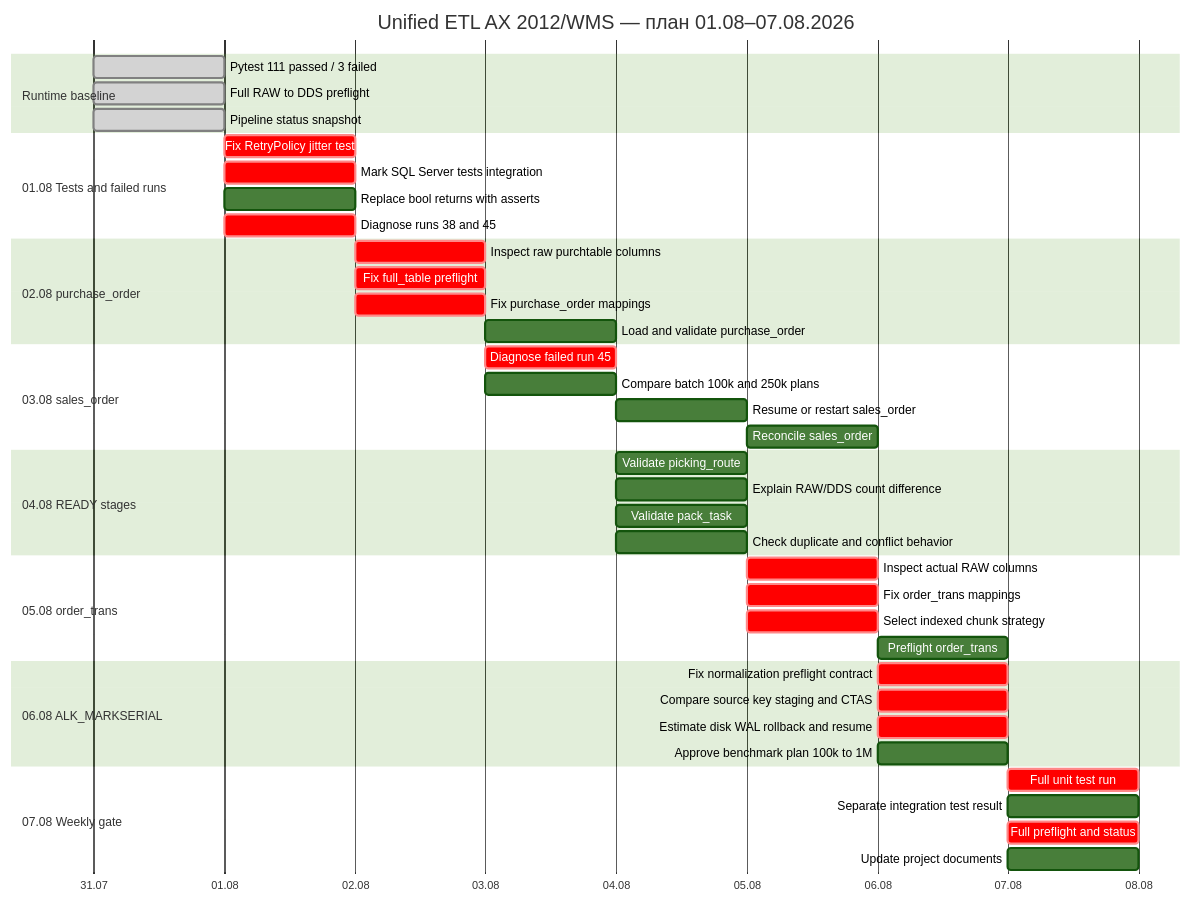
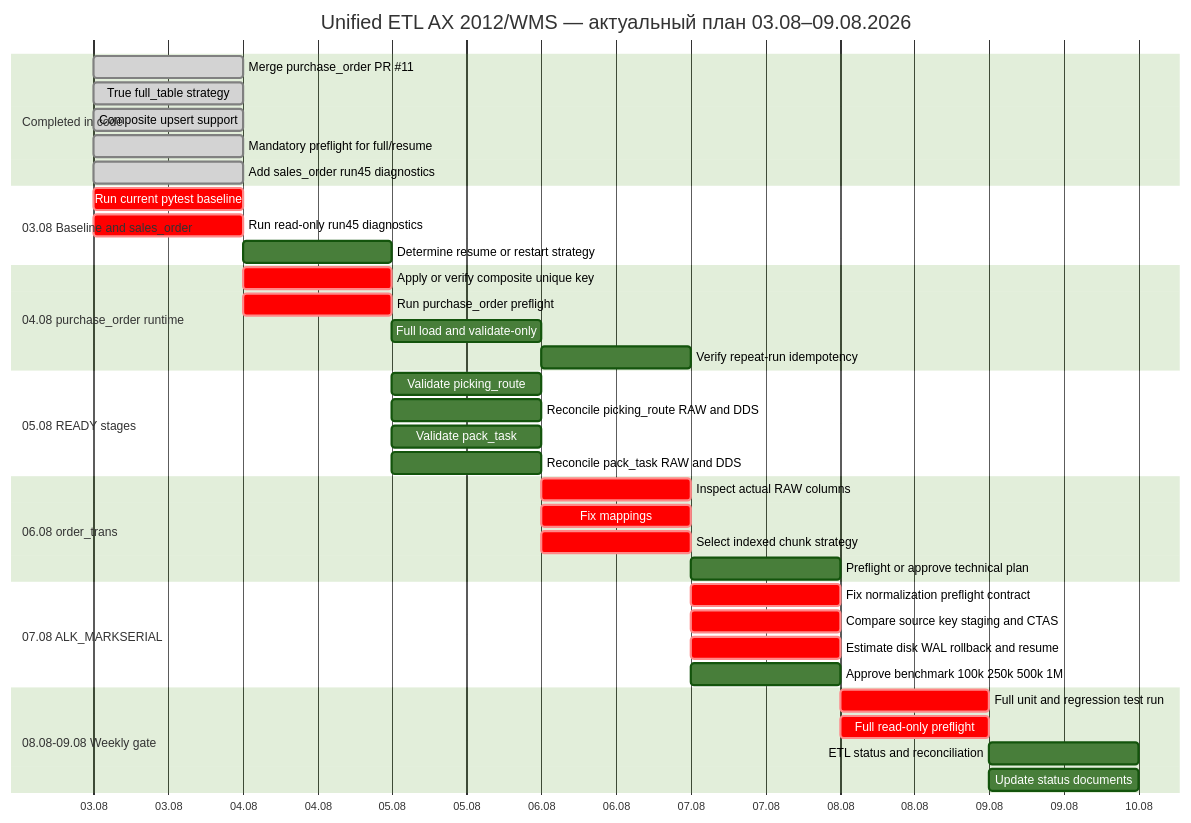
The diagram in bz/Anomaly Detection_V2/gantt.md (eignat88/jira_focus_exporter), drawn with Mermaid (forest theme) before and after one commit. The commit also changed other lines of this file, not shown here.

Commit message:
docs: актуализировать gantt Unified ETL

````diff
--- a/bz/Anomaly Detection_V2/gantt.md
+++ b/bz/Anomaly Detection_V2/gantt.md
@@ -5,53 +5,48 @@
 ```mermaid
 gantt
-    title Unified ETL AX 2012/WMS — план 01.08–07.08.2026
+    title Unified ETL AX 2012/WMS — актуальный план 03.08–09.08.2026
     dateFormat YYYY-MM-DD
     axisFormat %d.%m
 
-    section Runtime baseline
-    Pytest 111 passed / 3 failed          :done, baseline_tests, 2026-07-31, 1d
-    Full RAW to DDS preflight             :done, baseline_pre, 2026-07-31, 1d
-    Pipeline status snapshot              :done, baseline_status, 2026-07-31, 1d
+    section Completed in code
+    Merge purchase_order PR #11              :done, po_pr, 2026-08-03, 1d
+    True full_table strategy                  :done, full_table, 2026-08-03, 1d
+    Composite upsert support                  :done, composite, 2026-08-03, 1d
+    Mandatory preflight for full/resume       :done, mandatory_pre, 2026-08-03, 1d
+    Add sales_order run45 diagnostics         :done, so_diag_code, 2026-08-03, 1d
 
-    section 01.08 Tests and failed runs
-    Fix RetryPolicy jitter test           :crit, retry_test, 2026-08-01, 1d
-    Mark SQL Server tests integration     :crit, int_mark, 2026-08-01, 1d
-    Replace bool returns with asserts     :warn_fix, 2026-08-01, 1d
-    Diagnose runs 38 and 45               :crit, failed_runs, 2026-08-01, 1d
+    section 03.08 Baseline and sales_order
+    Run current pytest baseline               :crit, tests_now, 2026-08-03, 1d
+    Run read-only run45 diagnostics           :crit, so_diag, 2026-08-03, 1d
+    Determine resume or restart strategy      :so_decision, after so_diag, 1d
 
-    section 02.08 purchase_order
-    Inspect raw purchtable columns        :crit, po_cols, 2026-08-02, 1d
-    Fix full_table preflight              :crit, po_pre_fix, 2026-08-02, 1d
-    Fix purchase_order mappings           :crit, po_map, 2026-08-02, 1d
-    Load and validate purchase_order      :po_load, after po_pre_fix, 1d
+    section 04.08 purchase_order runtime
+    Apply or verify composite unique key      :crit, po_key, 2026-08-04, 1d
+    Run purchase_order preflight              :crit, po_pre, 2026-08-04, 1d
+    Full load and validate-only               :po_load, after po_pre, 1d
+    Verify repeat-run idempotency              :po_repeat, after po_load, 1d
 
-    section 03.08 sales_order
-    Diagnose failed run 45                :crit, so_fail, 2026-08-03, 1d
-    Compare batch 100k and 250k plans     :so_plan, 2026-08-03, 1d
-    Resume or restart sales_order         :so_run, after so_fail, 1d
-    Reconcile sales_order                 :so_val, after so_run, 1d
+    section 05.08 READY stages
+    Validate picking_route                    :pick_val, 2026-08-05, 1d
+    Reconcile picking_route RAW and DDS        :pick_rec, 2026-08-05, 1d
+    Validate pack_task                        :pack_val, 2026-08-05, 1d
+    Reconcile pack_task RAW and DDS            :pack_rec, 2026-08-05, 1d
 
-    section 04.08 READY stages
-    Validate picking_route                :pick_val, 2026-08-04, 1d
-    Explain RAW/DDS count difference      :pick_diff, 2026-08-04, 1d
-    Validate pack_task                    :pack_val, 2026-08-04, 1d
-    Check duplicate and conflict behavior :pack_diff, 2026-08-04, 1d
+    section 06.08 order_trans
+    Inspect actual RAW columns                :crit, ot_cols, 2026-08-06, 1d
+    Fix mappings                              :crit, ot_map, 2026-08-06, 1d
+    Select indexed chunk strategy             :crit, ot_strategy, 2026-08-06, 1d
+    Preflight or approve technical plan       :ot_pre, after ot_strategy, 1d
 
-    section 05.08 order_trans
-    Inspect actual RAW columns            :crit, ot_cols, 2026-08-05, 1d
-    Fix order_trans mappings              :crit, ot_map, 2026-08-05, 1d
-    Select indexed chunk strategy         :crit, ot_strategy, 2026-08-05, 1d
-    Preflight order_trans                 :ot_pre, after ot_strategy, 1d
+    section 07.08 ALK_MARKSERIAL
+    Fix normalization preflight contract      :crit, norm_contract, 2026-08-07, 1d
+    Compare source key staging and CTAS       :crit, norm_compare, 2026-08-07, 1d
+    Estimate disk WAL rollback and resume     :crit, norm_risk, 2026-08-07, 1d
+    Approve benchmark 100k 250k 500k 1M       :bench, 2026-08-07, 1d
 
-    section 06.08 ALK_MARKSERIAL
-    Fix normalization preflight contract  :crit, norm_pre, 2026-08-06, 1d
-    Compare source key staging and CTAS   :crit, norm_compare, 2026-08-06, 1d
-    Estimate disk WAL rollback and resume :crit, norm_risk, 2026-08-06, 1d
-    Approve benchmark plan 100k to 1M     :bench_plan, 2026-08-06, 1d
-
-    section 07.08 Weekly gate
-    Full unit test run                    :crit, gate_tests, 2026-08-07, 1d
-    Separate integration test result      :gate_int, 2026-08-07, 1d
-    Full preflight and status             :crit, gate_pre, 2026-08-07, 1d
-    Update project documents              :gate_docs, 2026-08-07, 1d
+    section 08.08-09.08 Weekly gate
+    Full unit and regression test run         :crit, gate_tests, 2026-08-08, 1d
+    Full read-only preflight                  :crit, gate_pre, 2026-08-08, 1d
+    ETL status and reconciliation             :gate_status, 2026-08-09, 1d
+    Update status documents                   :gate_docs, 2026-08-09, 1d
 ```
````
